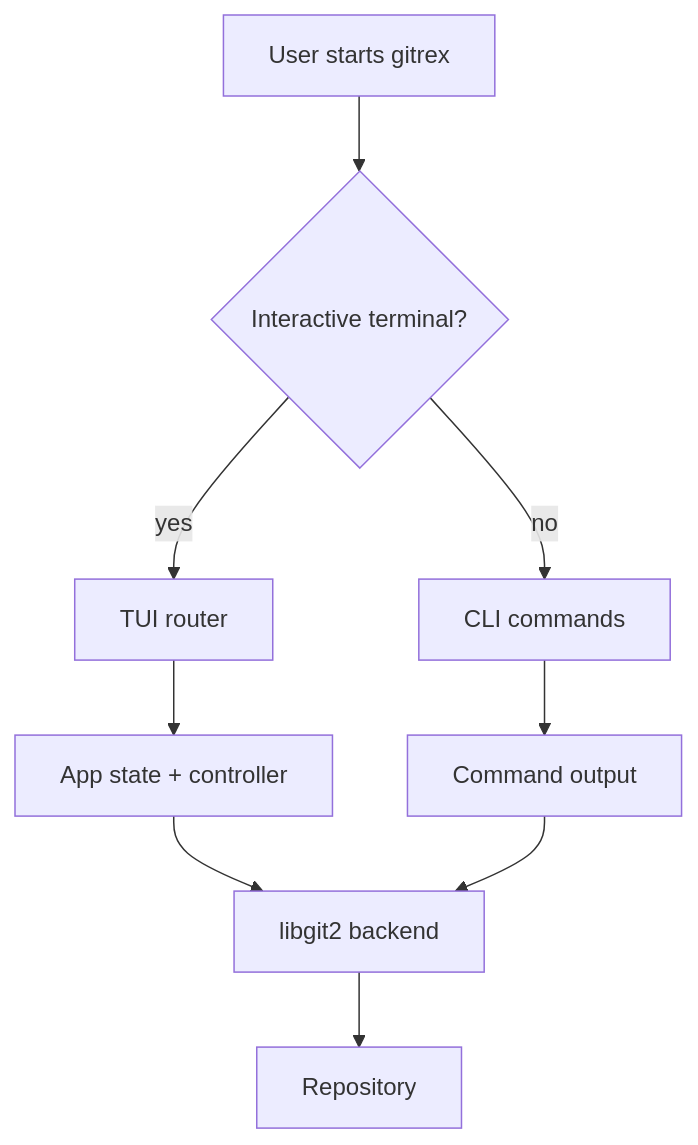
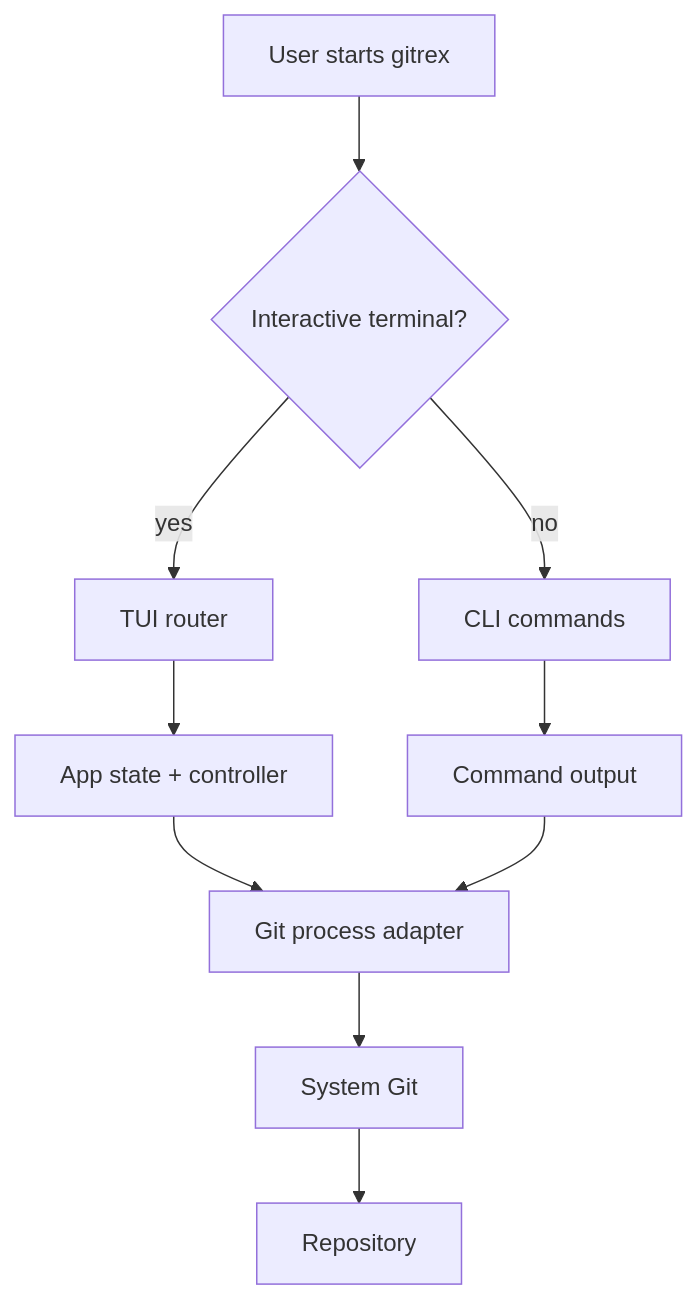
Before and after one commit to MarcosAlves90/gitrex: the first of 3 diagrams in README.md, drawn with Mermaid. The commit also changed other lines of this file, not shown here.

Commit message:
docs(readme): document system git runtime architecture

````diff
--- a/README.md
+++ b/README.md
@@ -53,11 +53,12 @@
 ```mermaid
 flowchart TD
   A[User starts gitrex] --> B{Interactive terminal?}
   B -- yes --> C[TUI router]
   B -- no --> D[CLI commands]
   C --> E[App state + controller]
   D --> F[Command output]
-  E --> G[libgit2 backend]
+  E --> G[Git process adapter]
   F --> G
-  G --> H[Repository]
+  G --> H[System Git]
+  H --> I[Repository]
 ```
````
